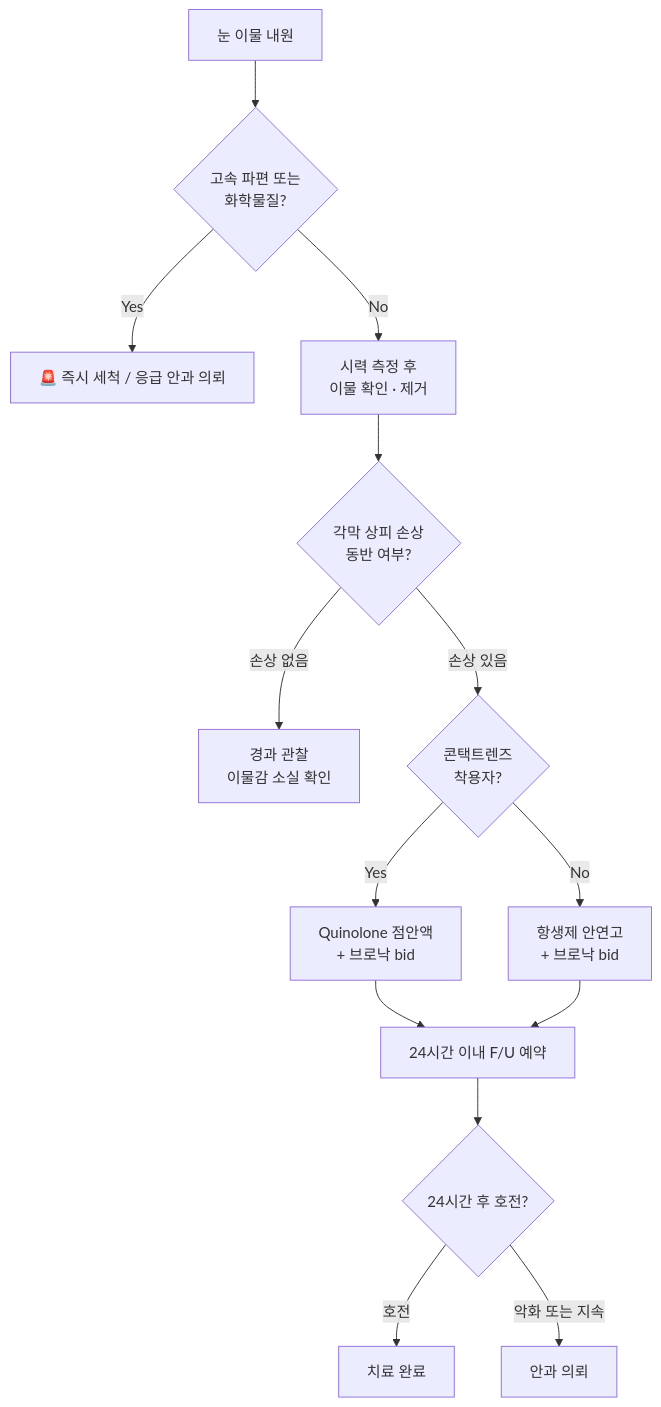
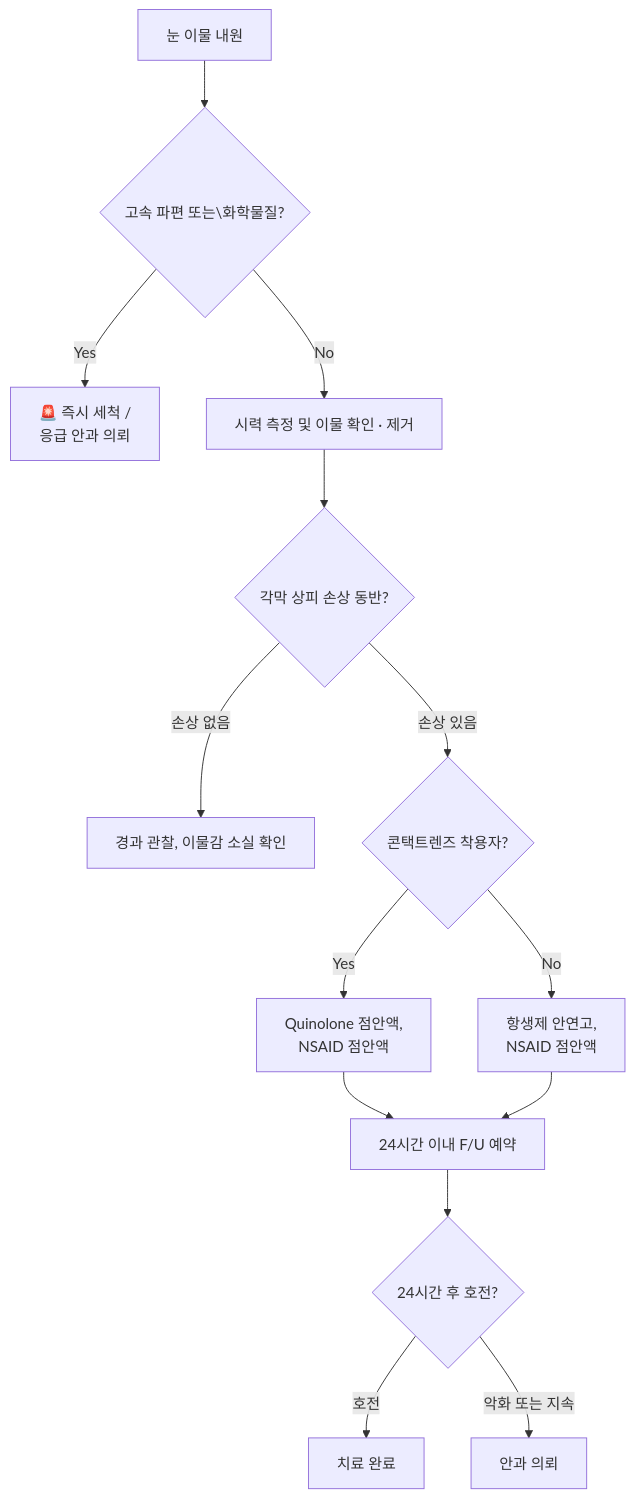
The diagram in 222_/045_-foreign-body-in-the-eye.md (familyoh77/familyoh77), drawn with Mermaid before and after one commit. The commit also changed other lines of this file, not shown here.

````diff
--- a/222_/045_-foreign-body-in-the-eye.md
+++ b/222_/045_-foreign-body-in-the-eye.md
@@ -44,15 +42,18 @@
 ```mermaid
 graph TD
-    A[눈 이물 내원] --> B{고속 파편 또는\n화학물질?}
-    B -- Yes --> C[🚨 즉시 세척 / 응급 안과 의뢰]
-    B -- No --> D[시력 측정 후\n이물 확인 · 제거]
-    D --> E{각막 상피 손상\n동반 여부?}
-    E -- 손상 없음 --> F[경과 관찰\n이물감 소실 확인]
-    E -- 손상 있음 --> G{콘택트렌즈\n착용자?}
-    G -- Yes --> H[Quinolone 점안액\n+ 브로낙 bid]
-    G -- No --> I[항생제 안연고\n+ 브로낙 bid]
+    A[눈 이물 내원] --> B{고속 파편 또는\화학물질?}
+    B -- Yes --> C[🚨 즉시 세척 / 
+응급 안과 의뢰]
+    B -- No --> D[시력 측정 및 이물 확인 · 제거]
+    D --> E{각막 상피 손상 동반?}
+    E -- 손상 없음 --> F[경과 관찰, 이물감 소실 확인]
+    E -- 손상 있음 --> G{콘택트렌즈 착용자?}
+    G -- Yes --> H[Quinolone 점안액, 
+NSAID 점안액]
+    G -- No --> I[항생제 안연고, 
+NSAID 점안액]
     H & I --> J[24시간 이내 F/U 예약]
     J --> K{24시간 후 호전?}
     K -- 호전 --> L[치료 완료]
     K -- 악화 또는 지속 --> M[안과 의뢰]
 ```
````
